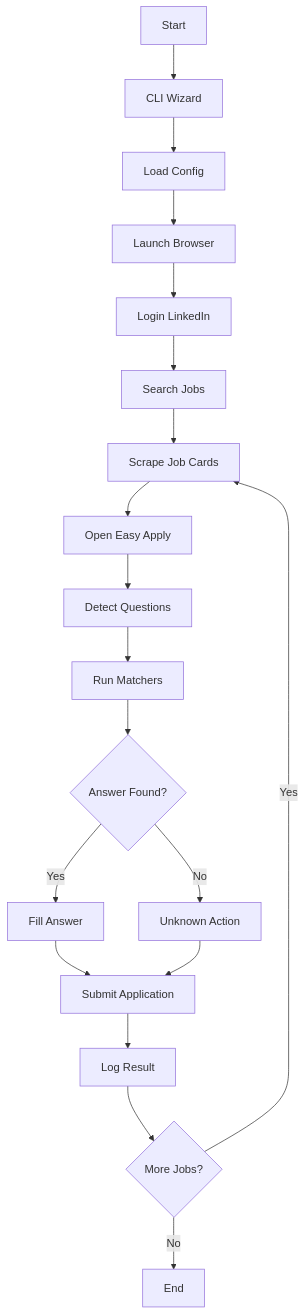
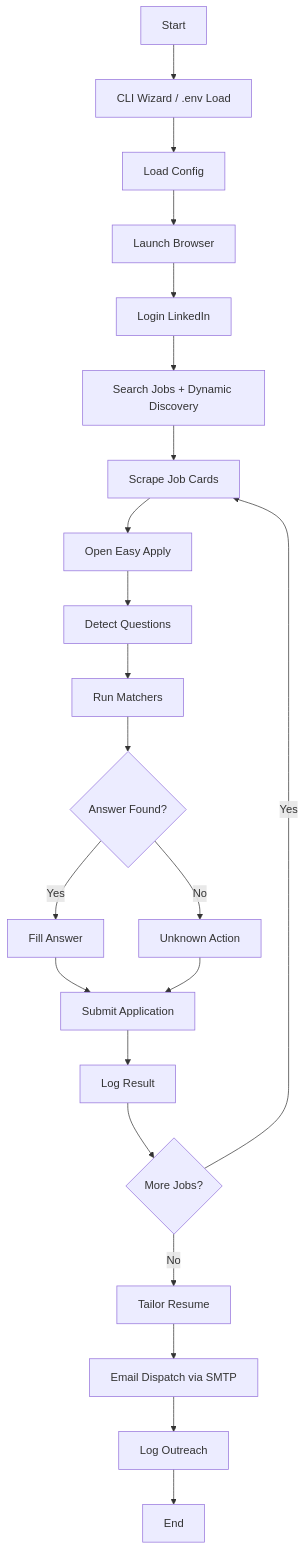
The first of 2 diagrams in README.md (Kennny7/AutoJobApplier-LinkedIn), drawn with Mermaid before and after one commit. The commit also changed other lines of this file, not shown here.

Commit message:
feat: Update README.md with new features and installation instructions, including dynamic job discovery and email dispatch

````diff
--- a/README.md
+++ b/README.md
@@ -392,21 +288,24 @@
 ```mermaid
 flowchart TD
-A[Start] --> B[CLI Wizard]
+A[Start] --> B[CLI Wizard / .env Load]
 B --> C[Load Config]
 C --> D[Launch Browser]
 D --> E[Login LinkedIn]
-E --> F[Search Jobs]
+E --> F[Search Jobs + Dynamic Discovery]
 F --> G[Scrape Job Cards]
 G --> H[Open Easy Apply]
 H --> I[Detect Questions]
 I --> J[Run Matchers]
 J --> K{Answer Found?}
 K -->|Yes| L[Fill Answer]
 K -->|No| M[Unknown Action]
 L --> N[Submit Application]
 M --> N
 N --> O[Log Result]
 O --> P{More Jobs?}
 P -->|Yes| G
-P -->|No| Q[End]
+P -->|No| R[Tailor Resume]
+R --> S[Email Dispatch via SMTP]
+S --> T[Log Outreach]
+T --> Q[End]
 ```
````
